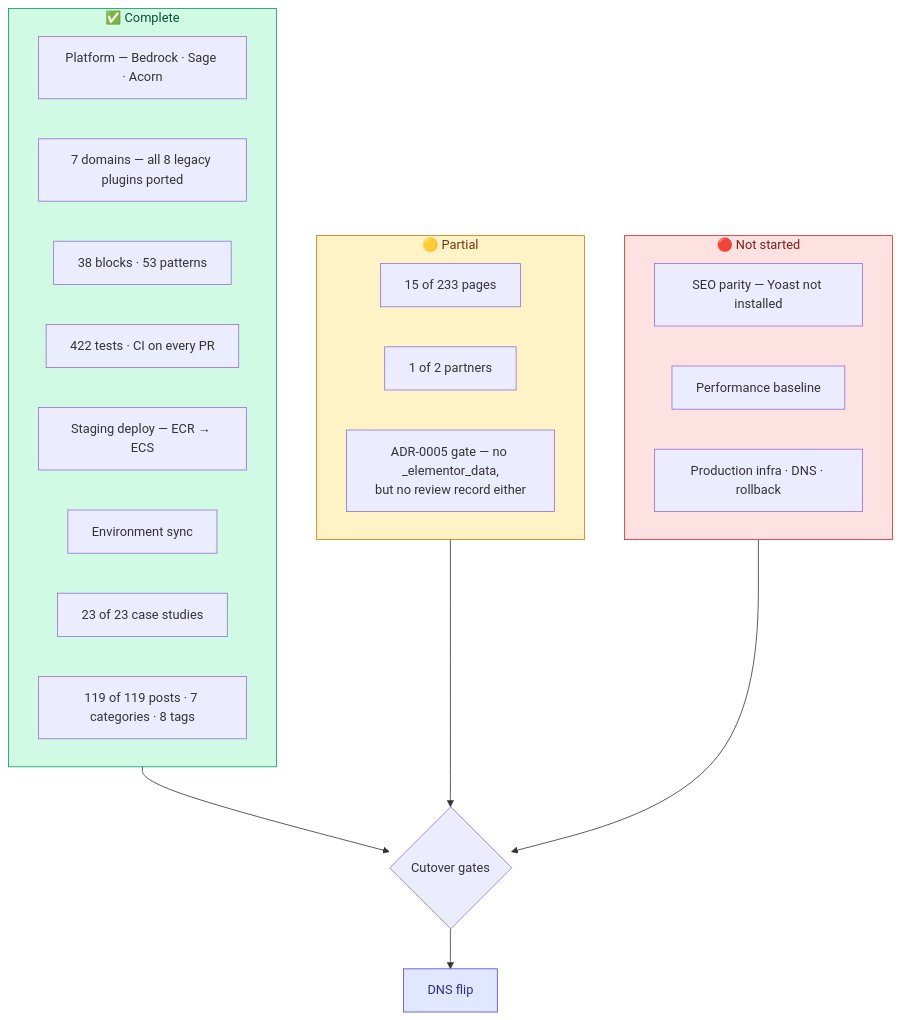
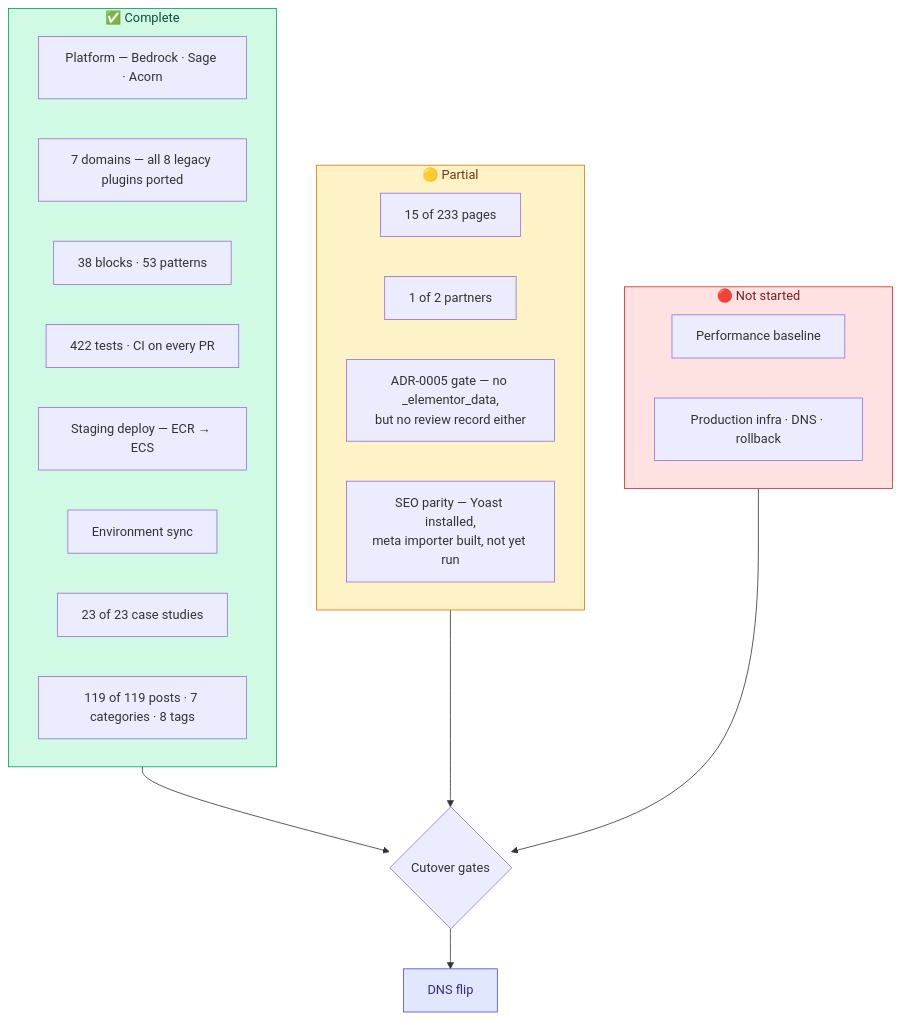
One commit to Remote-Leverage/remote-leverage-website-modernization changed the diagram in web/app/themes/remote-leverage/docs/production-cutover.md. Above: the diagram before and after it, drawn with Mermaid. The commit also changed other lines of this file and 61 other files, not shown here.

````diff
--- a/web/app/themes/remote-leverage/docs/production-cutover.md
+++ b/web/app/themes/remote-leverage/docs/production-cutover.md
@@ -17,35 +31,35 @@
 ```mermaid
 flowchart TB
     subgraph DONE["✅ Complete"]
         A1["Platform — Bedrock · Sage · Acorn"]
         A2["7 domains — all 8 legacy plugins ported"]
         A3["38 blocks · 53 patterns"]
         A4["422 tests · CI on every PR"]
         A5["Staging deploy — ECR → ECS"]
         A6["Environment sync"]
         A7["23 of 23 case studies"]
         A8["119 of 119 posts · 7 categories · 8 tags"]
     end
 
     subgraph PART["🟡 Partial"]
         B1["15 of 233 pages"]
         B2["1 of 2 partners"]
         B3["ADR-0005 gate — no _elementor_data,<br/>but no review record either"]
+        B4["SEO parity — Yoast installed,<br/>meta importer built, not yet run"]
     end
 
     subgraph BLOCKED["🔴 Not started"]
-        C3["SEO parity — Yoast not installed"]
         C5["Performance baseline"]
         C6["Production infra · DNS · rollback"]
     end
 
     DONE --> GATE{"Cutover gates"}
     PART --> GATE
     BLOCKED --> GATE
     GATE --> LAUNCH["DNS flip"]
 
     style DONE fill:#d1fae5,stroke:#059669,color:#064e3b
     style PART fill:#fef3c7,stroke:#d97706,color:#78350f
     style BLOCKED fill:#fee2e2,stroke:#dc2626,color:#7f1d1d
     style LAUNCH fill:#e0e7ff,stroke:#4f46e5,color:#312e81
 ```
````
